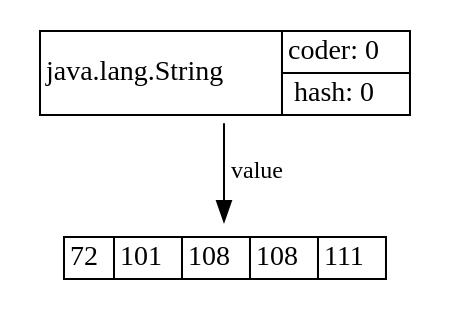
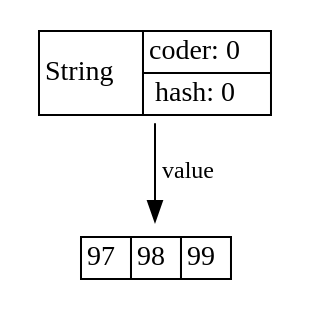
Before and after one commit to openjdk/jol: the fifth of 18 diagrams in doc/src/main/asciidoc/start.adoc, drawn with Graphviz. The commit also changed other lines of this file and 3 other files, not shown here.

```diff
--- a/doc/src/main/asciidoc/start.adoc
+++ b/doc/src/main/asciidoc/start.adoc
@@ -391,32 +383,30 @@
 [graphviz]
 ----
 digraph Java {
 	rankdir="TB";
 	node[shape=plaintext]
 	n1[label=<
 		<table border='0' cellborder='1' cellspacing='0'>
 			<tr>
-				<td rowspan='3'>java.lang.String</td>
+				<td rowspan='3'>String</td>
 			</tr>
 			<tr>
 				<td>coder: 0</td>
 			</tr>
 			<tr>
 				<td>hash: 0</td>
 			</tr>
 		</table>
 	>];
 	n2[label=<
 		<table border='0' cellborder='1' cellspacing='0'>
 			<tr>
-				<td>72</td>
-				<td>101</td>
-				<td>108</td>
-				<td>108</td>
-				<td>111</td>
+				<td>97</td>
+				<td>98</td>
+				<td>99</td>
 			</tr>
 		</table>
 	>];
 	n1 -> n2[label="value",fontsize=12];
 }
 ----
```
